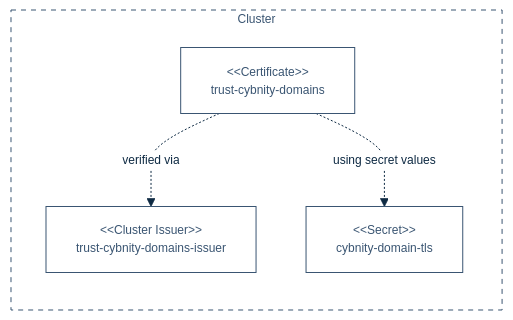
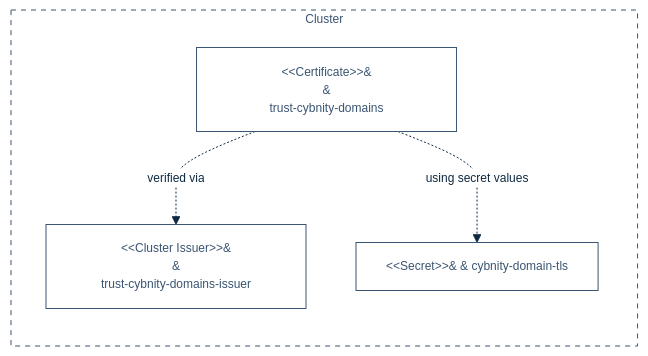
One commit to cybnity/foundation changed the diagram in implementations-line/systems/technical-infrastructure/CYDEL01-cybsup01.md. Above: the diagram before and after it, drawn with Mermaid.

````diff
--- a/implementations-line/systems/technical-infrastructure/CYDEL01-cybsup01.md
+++ b/implementations-line/systems/technical-infrastructure/CYDEL01-cybsup01.md
@@ -419,51 +419,51 @@
       ```mermaid
       %%{
         init: {
           'theme': 'base',
           'themeVariables': {
               'background': '#ffffff',
               'fontFamily': 'arial',
               'fontSize': '12px',
               'primaryColor': '#fff',
               'primaryTextColor': '#0e2a43',
               'primaryBorderColor': '#0e2a43',
               'secondaryColor': '#fff',
               'secondaryTextColor': '#fff',
               'secondaryBorderColor': '#fff',
               'tertiaryColor': '#fff',
               'tertiaryTextColor': '#fff',
               'tertiaryBorderColor': '#fff',
               'lineColor': '#0e2a43',
               'titleColor': '#fff',
               'textColor': '#fff',
               'lineColor': '#0e2a43',
               'nodeTextColor': '#fff',
               'nodeBorder': '#0e2a43',
               'noteTextColor': '#fff',
               'noteBorderColor': '#fff'
           },
           'flowchart': { 'curve': 'monotoneY' }
         }
       }%%
       graph LR
         subgraph cluster["Cluster"]
-          clusterIssuer1["#60;#60;Cluster Issuer#62;#62; \n trust-cybnity-domains-issuer"]
-          certificate1["#60;#60;Certificate#62;#62; \n trust-cybnity-domains"]
-          secret1["#60;#60;Secret#62;#62; \n cybnity-domain-tls"]
+          clusterIssuer1["#60;#60;Cluster Issuer#62;#62;&#10;&#13;trust-cybnity-domains-issuer"]
+          certificate1["#60;#60;Certificate#62;#62;&#10;&#13;trust-cybnity-domains"]
+          secret1["#60;#60;Secret#62;#62;&#10;&#13;cybnity-domain-tls"]
         end
 
         certificate1 -. "verified via" .-> clusterIssuer1
         certificate1 -. "using secret values" .-> secret1
 
         classDef mediumfill fill:#3a5572, stroke:#3a5572, color:#fff
 
         classDef red fill:#e5302a, stroke:#e5302a, color:#fff, stroke-width:3px
         classDef medium fill:#fff, stroke:#3a5572, color:#3a5572
         classDef mediumdot fill:#fff, stroke:#3a5572, color:#3a5572, stroke-dasharray: 5 5
         classDef reddot fill:#fff, stroke:#e5302a, color:#e5302a, stroke-dasharray: 5 5, stroke-width:3px
         classDef dark fill:#0e2a43, stroke:#fff, color:#fff
         classDef internalconfig fill:#0e2a43, stroke:#fff, color:#fff
 
         class clusterIssuer1,certificate1,secret1 medium;
         class cluster mediumdot;
       ```
````
